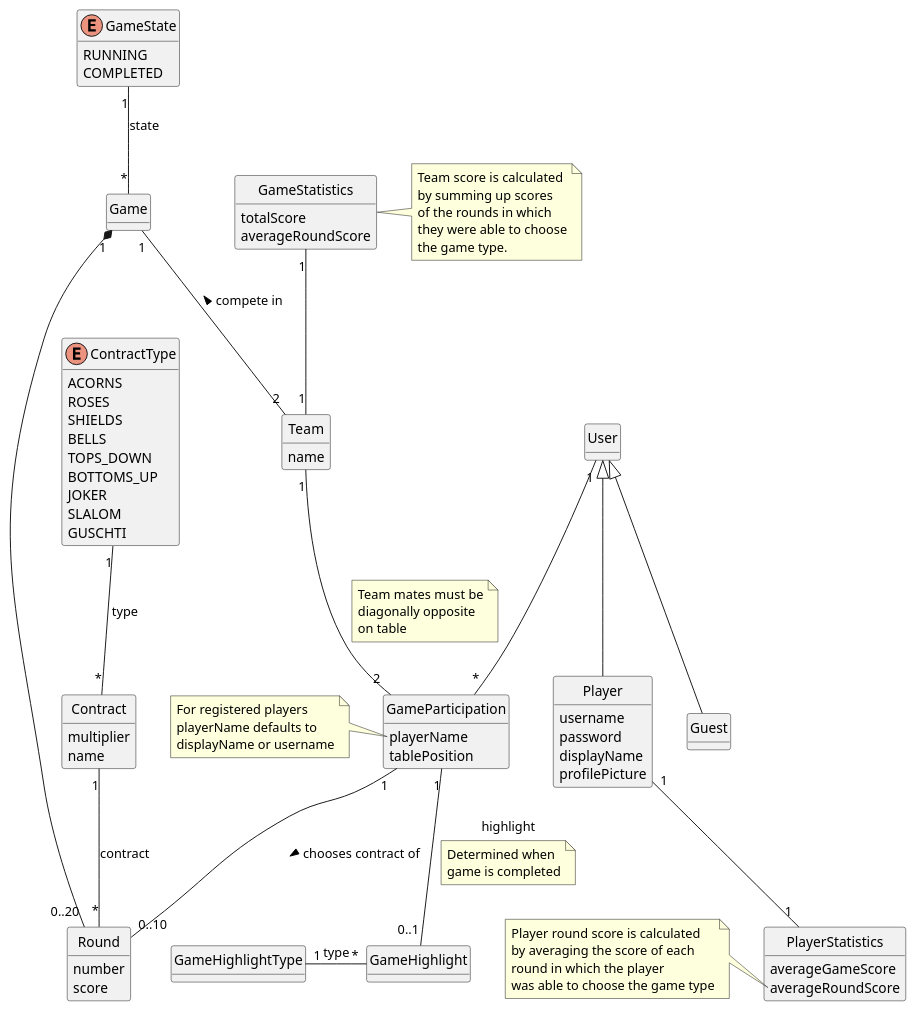
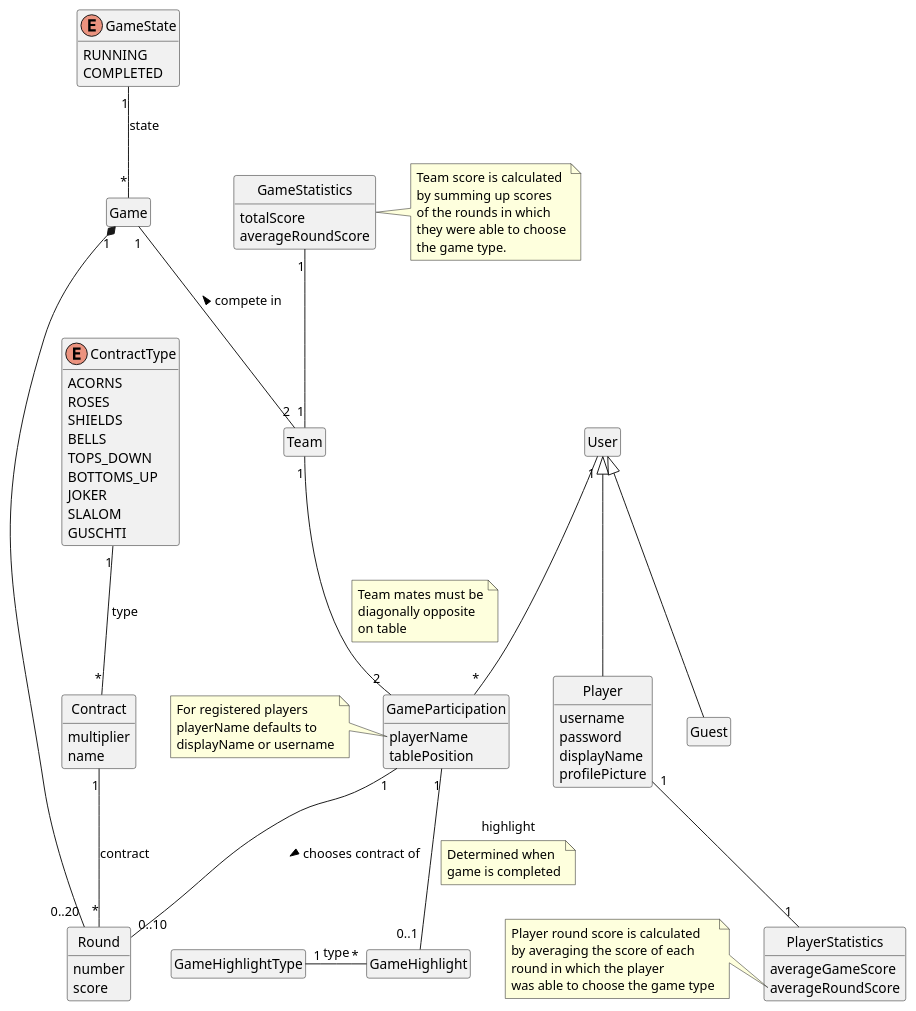
The diagram in Documentation/src/resources/domain-model.puml (PascalHonegger/JassTracker), drawn with PlantUML before and after one commit. The commit also changed 1 other file, not shown here.

Commit message:
feat(domain model): remove team name

```diff
--- a/Documentation/src/resources/domain-model.puml
+++ b/Documentation/src/resources/domain-model.puml
@@ -1,120 +1,120 @@
 @startuml domain model
 
 hide class circle
 hide empty methods
+hide empty fields
 
 class User {
 }
 
 class Game {
 }
 
 class GameStatistics {
     totalScore
     averageRoundScore
 }
 
 note right
     Team score is calculated
     by summing up scores
     of the rounds in which
     they were able to choose
     the game type.
 end note
 
 class Player {
     username
     password
     displayName
     profilePicture
 }
 
 class PlayerStatistics {
     averageGameScore
     averageRoundScore
 }
 
 note left of PlayerStatistics::averageRoundScore
     Player round score is calculated
     by averaging the score of each
     round in which the player
     was able to choose the game type
 end note
 
 class GameParticipation {
     playerName
     tablePosition
 }
 
 note left of GameParticipation::playerName
     For registered players
     playerName defaults to
     displayName or username
 end note
 
 class Round {
     number
     score
 }
 
 class Contract {
     multiplier
     name
 }
 
 class Team {
-    name
 }
 
 class GameHighlight {
 }
 
 class GameHighlightType {
 }
 
 enum GameState {
     RUNNING
     COMPLETED
 }
 
 enum ContractType {
     ACORNS
     ROSES
     SHIELDS
     BELLS
     TOPS_DOWN
     BOTTOMS_UP
     JOKER
     SLALOM
     GUSCHTI
 }
 
 User <|-- Player
 User <|-- Guest
 User "1" -- "*" GameParticipation
 Team "1" -- "2" GameParticipation
 note on link
     Team mates must be
     diagonally opposite
     on table
 end note
 
 Game "1" --  "2" Team  : compete in <
 Game "1" *-- "0..20" Round
 GameState "1" -- "*" Game  : state
 Contract "1" -- "*" Round  : contract
 ContractType "1" -- "*" Contract : type
 
 GameParticipation "1" -- "0..10" Round : chooses contract of >
 
 GameParticipation "1" -- "0..1" GameHighlight : highlight
 note on link
     Determined when
     game is completed
 end note
 GameHighlightType "1" --r "*" GameHighlight  : type
 
 Team "1" --u  "1" GameStatistics
 Player "1" -- "1"PlayerStatistics
 
 @enduml
```
